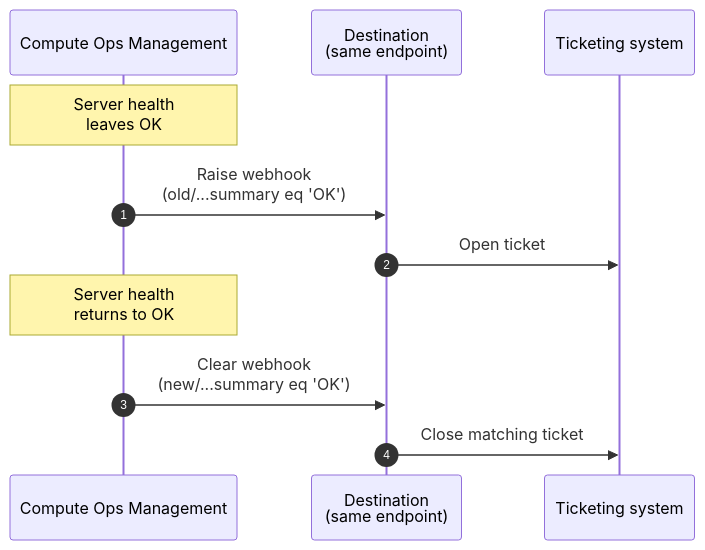
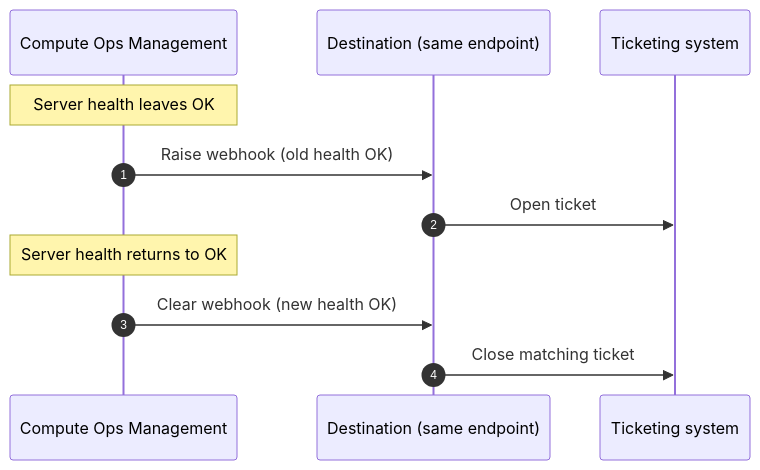
One commit to jullienl/jullienl.github.io changed the third of 5 diagrams in _posts/2024-04-25-Implementing webhooks with COM.md. Above: the diagram before and after it, drawn with Mermaid. The commit also changed other lines of this file, not shown here.

Commit message:
Fix mermaid rendering

```diff
--- a/_posts/2024-04-25-Implementing webhooks with COM.md
+++ b/_posts/2024-04-25-Implementing webhooks with COM.md
@@ -325,14 +325,14 @@
 <div class="mermaid">
 sequenceDiagram
     autonumber
     participant COM as Compute Ops Management
-    participant EP as Destination<br>(same endpoint)
+    participant EP as Destination (same endpoint)
     participant ITSM as Ticketing system
 
-    Note over COM: Server health<br>leaves OK
-    COM->>EP: Raise webhook<br>(old/...summary eq 'OK')
+    Note over COM: Server health leaves OK
+    COM->>EP: Raise webhook (old health OK)
     EP->>ITSM: Open ticket
-    Note over COM: Server health<br>returns to OK
-    COM->>EP: Clear webhook<br>(new/...summary eq 'OK')
+    Note over COM: Server health returns to OK
+    COM->>EP: Clear webhook (new health OK)
     EP->>ITSM: Close matching ticket
 </div>
```
